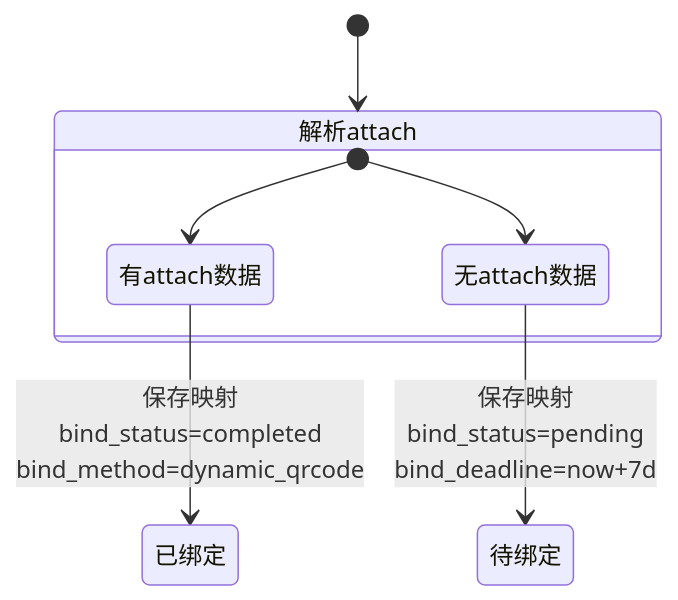
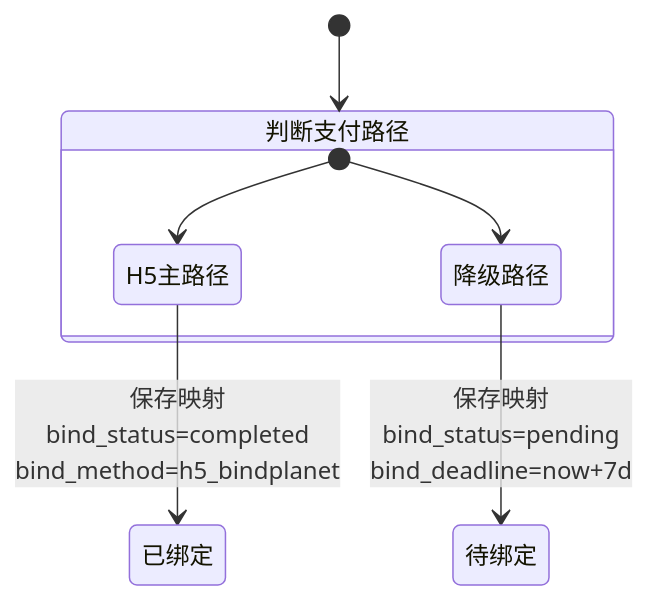
Diagram 35 of 58 in docs/v1/技术方案.md (yiancode/AutoDepositRefundAgent), drawn with Mermaid before and after one commit. The commit also changed other lines of this file and 9 other files, not shown here.

````diff
--- a/docs/v1/技术方案.md
+++ b/docs/v1/技术方案.md
@@ -1490,13 +1568,13 @@
 ```mermaid
 stateDiagram-v2
-    [*] --> 解析attach
+    [*] --> 判断支付路径
 
-    state 解析attach {
-        [*] --> 有attach数据
-        [*] --> 无attach数据
+    state 判断支付路径 {
+        [*] --> H5主路径
+        [*] --> 降级路径
     }
 
-    有attach数据 --> 已绑定: 保存映射<br/>bind_status=completed<br/>bind_method=dynamic_qrcode
+    H5主路径 --> 已绑定: 保存映射<br/>bind_status=completed<br/>bind_method=h5_bindplanet
 
-    无attach数据 --> 待绑定: 保存映射<br/>bind_status=pending<br/>bind_deadline=now+7d
+    降级路径 --> 待绑定: 保存映射<br/>bind_status=pending<br/>bind_deadline=now+7d
 ```
````
